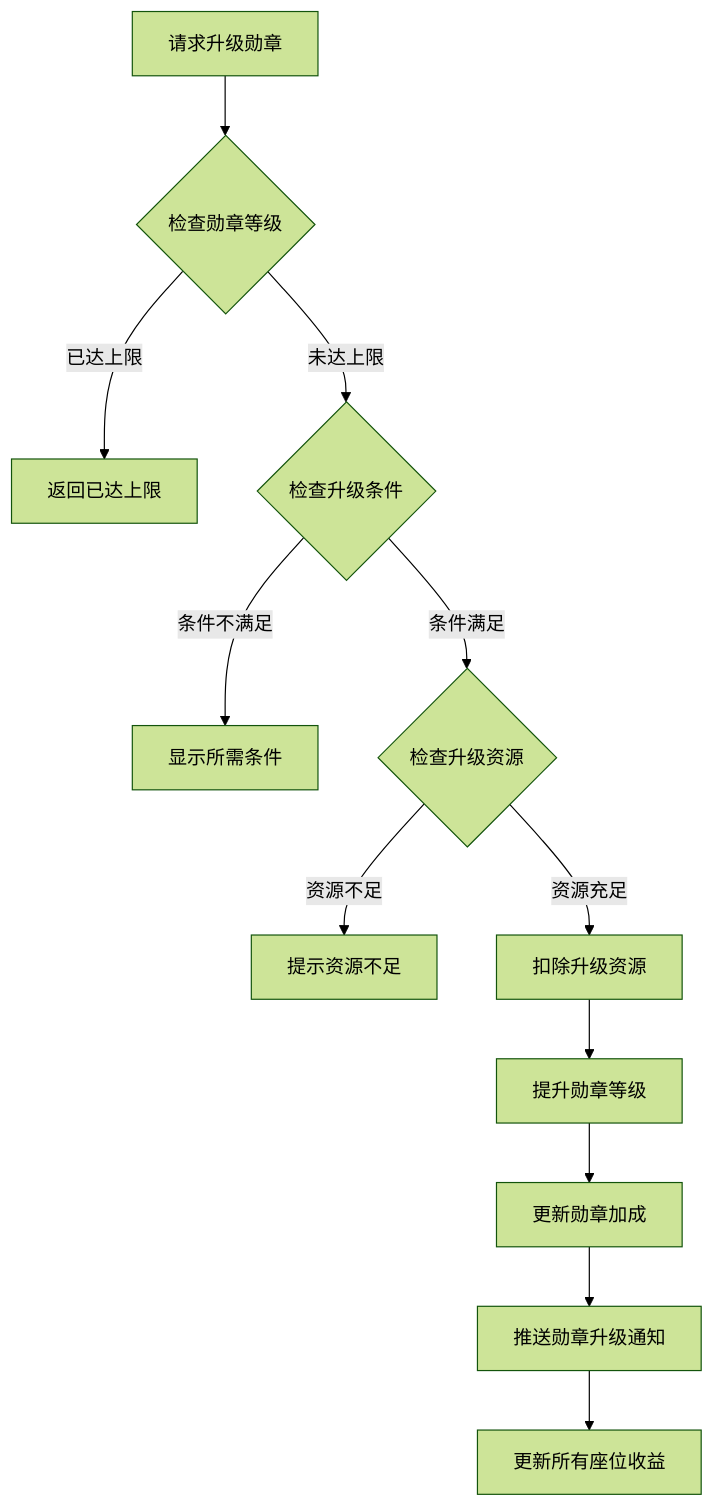
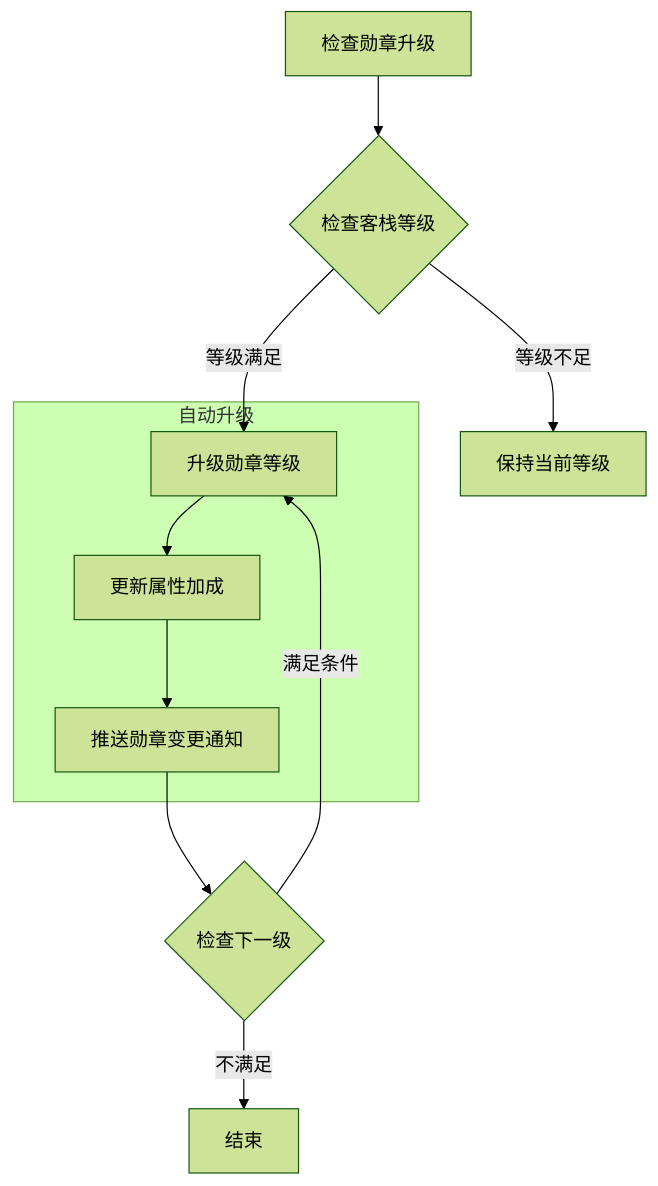
One commit to Alan-Ben/k2c_game_framework changed the fourth of 5 diagrams in docs/Module_Inn/05_完整说明.md. Above: the diagram before and after it, drawn with Mermaid (forest theme). The commit also changed other lines of this file and 13 other files, not shown here.

````diff
--- a/docs/Module_Inn/05_完整说明.md
+++ b/docs/Module_Inn/05_完整说明.md
@@ -167,14 +178,17 @@
 ```mermaid
 flowchart TD
-    A[请求升级勋章] --> B{检查勋章等级}
-    B -->|已达上限| C[返回已达上限]
-    B -->|未达上限| D{检查升级条件}
-    D -->|条件不满足| E[显示所需条件]
-    D -->|条件满足| F{检查升级资源}
-    F -->|资源不足| G[提示资源不足]
-    F -->|资源充足| H[扣除升级资源]
-    H --> I[提升勋章等级]
-    I --> J[更新勋章加成]
-    J --> K[推送勋章升级通知]
-    K --> L[更新所有座位收益]
+    A[检查勋章升级] --> B{检查客栈等级}
+    B -->|等级不足| C[保持当前等级]
+    B -->|等级满足| D[升级勋章等级]
+    D --> E[更新属性加成]
+    E --> F[推送勋章变更通知]
+    F --> G{检查下一级}
+    G -->|满足条件| D
+    G -->|不满足| H[结束]
+
+    subgraph 自动升级
+        D
+        E
+        F
+    end
 ```
````
